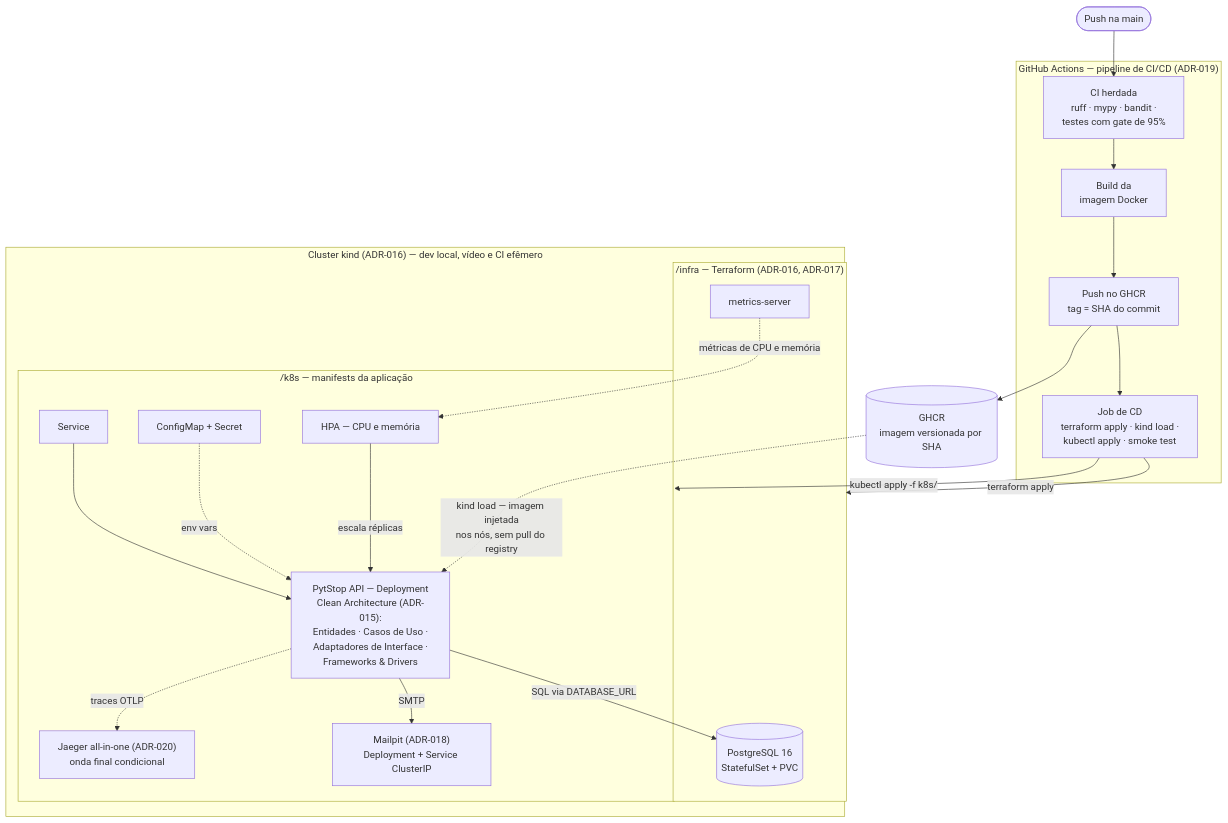
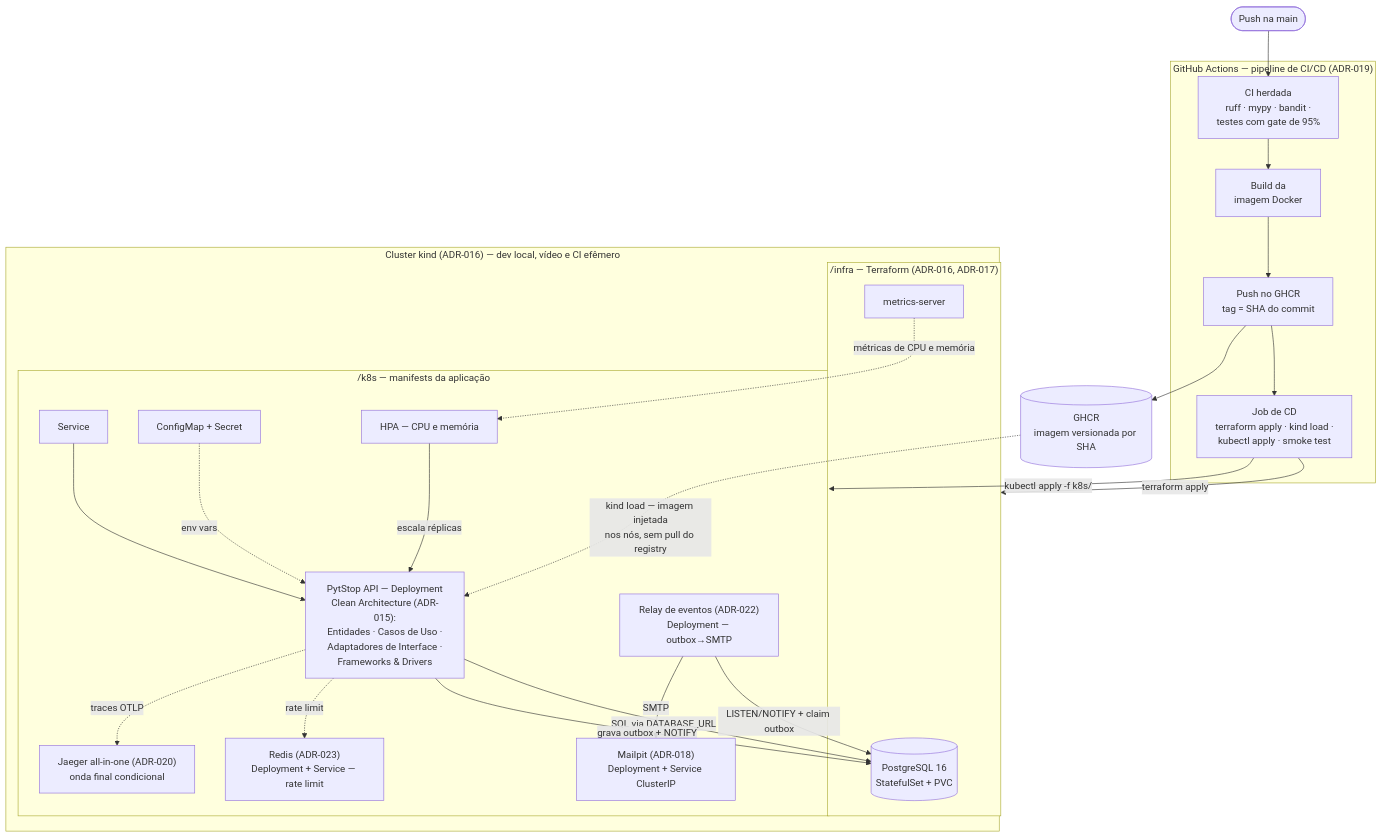
The diagram in docs/arquitetura/rfc/fase2/rfc-002-infraestrutura-e-deploy-fase-2.md (fiap-postech-sw-architecture/postech-sw-arch-p2), drawn with Mermaid before and after one commit. The commit also changed other lines of this file and 16 other files, not shown here.

First line of the commit message:
feat(infra): rate limiter com storage compartilhado via Redis (TD-016, RNF-024) (#62)

````diff
--- a/docs/arquitetura/rfc/fase2/rfc-002-infraestrutura-e-deploy-fase-2.md
+++ b/docs/arquitetura/rfc/fase2/rfc-002-infraestrutura-e-deploy-fase-2.md
@@ -85,40 +87,45 @@
 ```mermaid
 flowchart TB
     push_main(["Push na main"]) --> ci_stage
 
     subgraph gha["GitHub Actions — pipeline de CI/CD (ADR-019)"]
         ci_stage["CI herdada<br/>ruff · mypy · bandit ·<br/>testes com gate de 95%"] --> build_img["Build da<br/>imagem Docker"]
         build_img --> publish["Push no GHCR<br/>tag = SHA do commit"]
         publish --> cd_job["Job de CD<br/>terraform apply · kind load ·<br/>kubectl apply · smoke test"]
     end
 
     ghcr[("GHCR<br/>imagem versionada por SHA")]
     publish --> ghcr
 
     cd_job -->|"terraform apply"| infra_tf
     cd_job -->|"kubectl apply -f k8s/"| k8s_app
     ghcr -.->|"kind load — imagem injetada<br/>nos nós, sem pull do registry"| app
 
     subgraph cluster["Cluster kind (ADR-016) — dev local, vídeo e CI efêmero"]
         subgraph infra_tf["/infra — Terraform (ADR-016, ADR-017)"]
             pg[("PostgreSQL 16<br/>StatefulSet + PVC")]
             ms["metrics-server"]
         end
         subgraph k8s_app["/k8s — manifests da aplicação"]
             svc["Service"]
             app["PytStop API — Deployment<br/>Clean Architecture (ADR-015):<br/>Entidades · Casos de Uso ·<br/>Adaptadores de Interface ·<br/>Frameworks & Drivers"]
             cfg["ConfigMap + Secret"]
             hpa["HPA — CPU e memória"]
             mailpit["Mailpit (ADR-018)<br/>Deployment + Service ClusterIP"]
             jaeger["Jaeger all-in-one (ADR-020)<br/>onda final condicional"]
+            relay["Relay de eventos (ADR-022)<br/>Deployment — outbox→SMTP"]
+            redis["Redis (ADR-023)<br/>Deployment + Service — rate limit"]
         end
     end
 
     svc --> app
     cfg -.->|"env vars"| app
     hpa -->|"escala réplicas"| app
     ms -.->|"métricas de CPU e memória"| hpa
     app -->|"SQL via DATABASE_URL"| pg
-    app -->|"SMTP"| mailpit
+    app -->|"grava outbox + NOTIFY"| pg
+    relay -->|"LISTEN/NOTIFY + claim outbox"| pg
+    relay -->|"SMTP"| mailpit
+    app -.->|"rate limit"| redis
     app -.->|"traces OTLP"| jaeger
 ```
````
